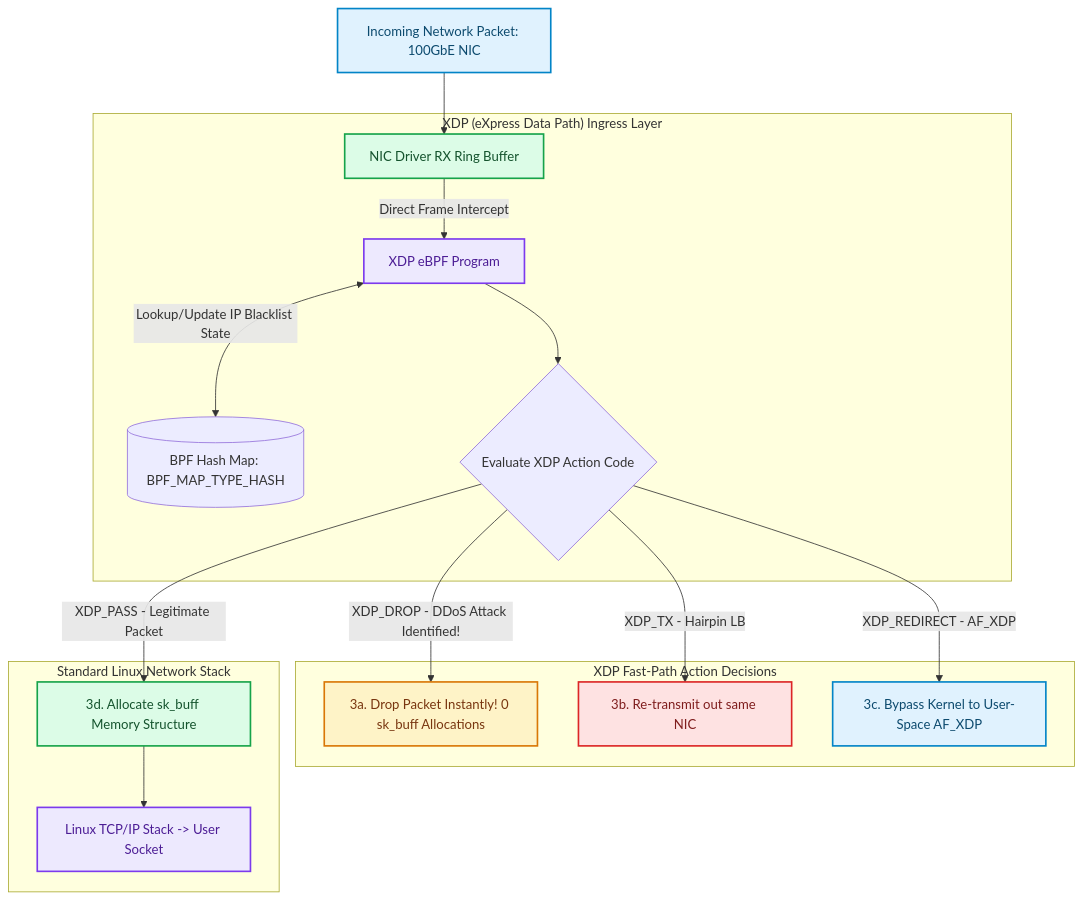
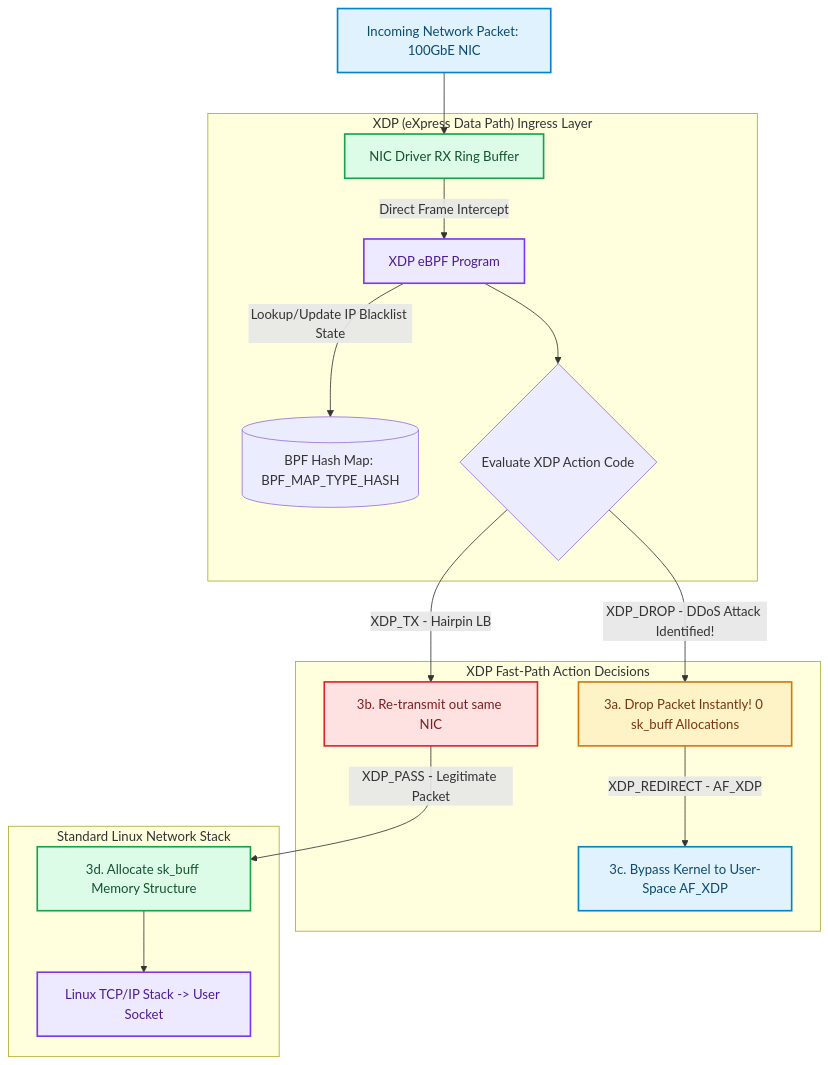
One commit to akmalkhaniub/akmalkhaniub.github.io changed the diagram in blog/posts/high-speed-packet-processing-xdp-bpf-maps.md. Above: the diagram before and after it, drawn with Mermaid. The commit also changed other lines of this file and 894 other files, not shown here.

Commit message:
feat(blog): upgrade all 444 posts with unique staggered dates, 2-col Mermaid spines, benchmark tables, code blocks, and trade-offs

````diff
--- a/blog/posts/high-speed-packet-processing-xdp-bpf-maps.md
+++ b/blog/posts/high-speed-packet-processing-xdp-bpf-maps.md
@@ -21,33 +21,33 @@
 ```mermaid
 flowchart TD
   Wire["Incoming Network Packet: 100GbE NIC"] --> RXRing["NIC Driver RX Ring Buffer"]
   
   subgraph SG1_XdpExpressData ["XDP (eXpress Data Path) Ingress Layer"]
     RXRing -->|Direct Frame Intercept| XDPProg["XDP eBPF Program"]
-    XDPProg <-->|Lookup/Update IP Blacklist State| BPFMap[(BPF Hash Map: BPF_MAP_TYPE_HASH)]
+    XDPProg -->|Lookup/Update IP Blacklist State| BPFMap[(BPF Hash Map: BPF_MAP_TYPE_HASH)]
     
     XDPProg --> Action{Evaluate XDP Action Code}
   end
   
   subgraph SG2_XdpFastPath ["XDP Fast-Path Action Decisions"]
     Action -->|XDP_DROP - DDoS Attack Identified!| Drop["3a. Drop Packet Instantly! 0 sk_buff Allocations"]
     Action -->|XDP_TX - Hairpin LB| Bounce["3b. Re-transmit out same NIC"]
-    Action -->|XDP_REDIRECT - AF_XDP| FastUser["3c. Bypass Kernel to User-Space AF_XDP"]
+    Drop --> |XDP_REDIRECT - AF_XDP| FastUser["3c. Bypass Kernel to User-Space AF_XDP"]
   end
   
   subgraph SG3_StandardLinuxNetwork ["Standard Linux Network Stack"]
-    Action -->|XDP_PASS - Legitimate Packet| SKBAlloc["3d. Allocate sk_buff Memory Structure"]
+    Bounce --> |XDP_PASS - Legitimate Packet| SKBAlloc["3d. Allocate sk_buff Memory Structure"]
     SKBAlloc --> NetStack["Linux TCP/IP Stack -> User Socket"]
   end
 
 classDef green fill:#dcfce7,stroke:#16a34a,stroke-width:2px,color:#14532d;
 classDef red fill:#fee2e2,stroke:#dc2626,stroke-width:2px,color:#7f1d1d;
 classDef blue fill:#e0f2fe,stroke:#0284c7,stroke-width:2px,color:#0c4a6e;
 classDef yellow fill:#fef3c7,stroke:#d97706,stroke-width:2px,color:#78350f;
 classDef purple fill:#ede9fe,stroke:#7c3aed,stroke-width:2px,color:#4c1d95;
 class Wire,FastUser blue
 class RXRing,SKBAlloc green
 class XDPProg,NetStack purple
 class Drop yellow
 class Bounce red
 ```
````
